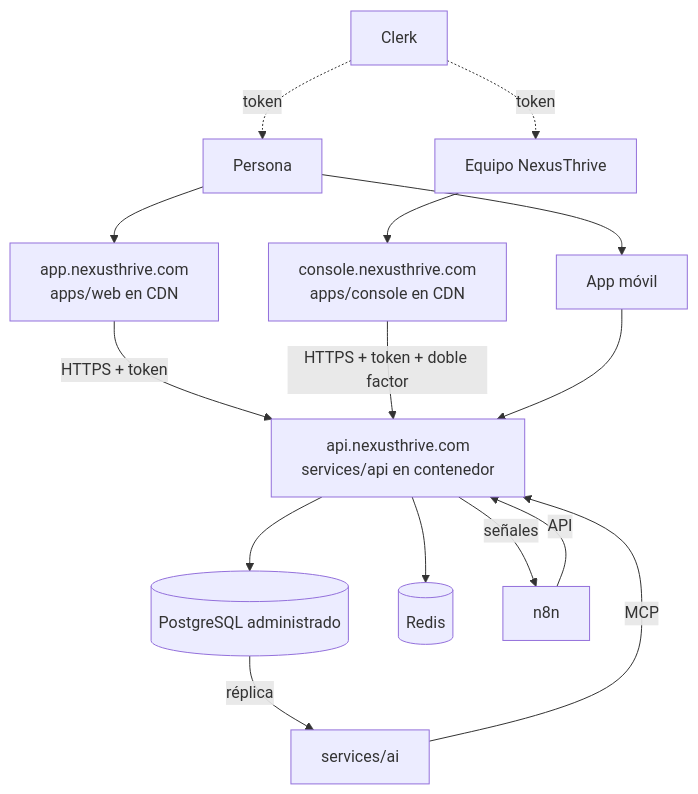
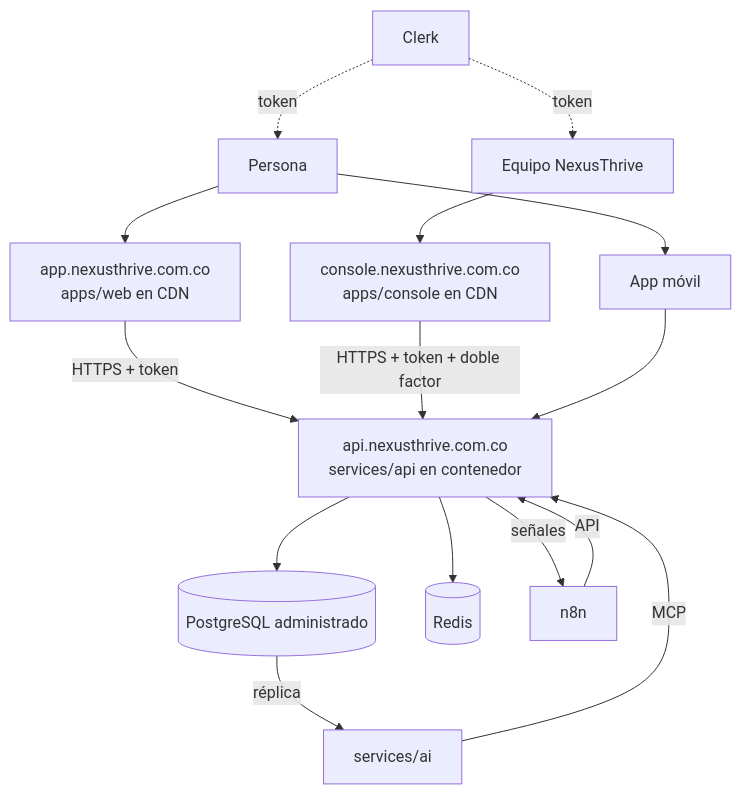
One commit to NexusThrive/nexusthrive changed the diagram in docs/02-arquitectura/despliegue.md. Above: the diagram before and after it, drawn with Mermaid. The commit also changed other lines of this file and 3 other files, not shown here.

````diff
--- a/docs/02-arquitectura/despliegue.md
+++ b/docs/02-arquitectura/despliegue.md
@@ -13,17 +13,17 @@
 ```mermaid
 flowchart TB
-    U["Persona"] --> CDN1["app.nexusthrive.com<br/>apps/web en CDN"]
-    S["Equipo NexusThrive"] --> CDN2["console.nexusthrive.com<br/>apps/console en CDN"]
+    U["Persona"] --> CDN1["app.nexusthrive.com.co<br/>apps/web en CDN"]
+    S["Equipo NexusThrive"] --> CDN2["console.nexusthrive.com.co<br/>apps/console en CDN"]
     U --> MOB["App móvil"]
-    CDN1 -->|"HTTPS + token"| API["api.nexusthrive.com<br/>services/api en contenedor"]
+    CDN1 -->|"HTTPS + token"| API["api.nexusthrive.com.co<br/>services/api en contenedor"]
     CDN2 -->|"HTTPS + token + doble factor"| API
     MOB --> API
     CLK["Clerk"] -.->|"token"| U
     CLK -.->|"token"| S
     API --> PG[("PostgreSQL administrado")]
     API --> RD[("Redis")]
     PG -->|"réplica"| AI["services/ai"]
     AI -->|"MCP"| API
     API -->|"señales"| N8N["n8n"]
     N8N -->|"API"| API
 ```
````
